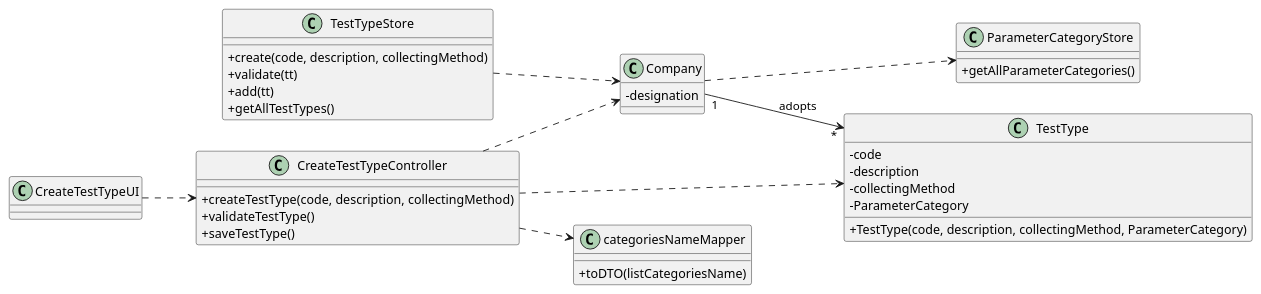
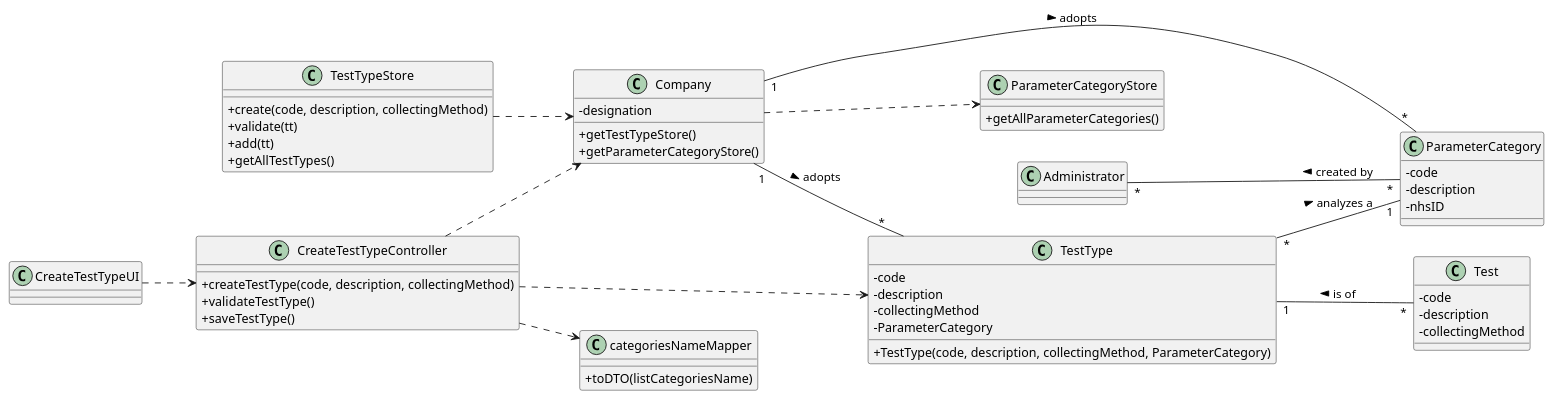
One commit to 0franciscor/lei-21-s2-1de-g19 changed the diagram in docs/SprintB/US09/US09-CD.puml. Above: the diagram before and after it, drawn with PlantUML. The commit also changed 4 other files, not shown here.

```diff
--- a/docs/SprintB/US09/US09-CD.puml
+++ b/docs/SprintB/US09/US09-CD.puml
@@ -1,54 +1,77 @@
 @startuml
 skinparam classAttributeIconSize 0
 left to right direction
 
 class "Company" as C {
 -designation
++getTestTypeStore()
++getParameterCategoryStore()
 }
 
 class "categoriesNameMapper" as cNM {
 +toDTO(listCategoriesName)
 }
 
 class "TestTypeStore" as TTS{
 +create(code, description, collectingMethod)
 +validate(tt)
 +add(tt)
 +getAllTestTypes()
 }
 
 class "ParameterCategoryStore" as PCS{
 +getAllParameterCategories()
 }
 
 class "TestType" as TT {
 -code
 -description
 -collectingMethod
 -ParameterCategory
 +TestType(code, description, collectingMethod, ParameterCategory)
 }
 
 class "CreateTestTypeController" as CTTC {
 +createTestType(code, description, collectingMethod)
 +validateTestType()
 +saveTestType()
 }
 
+class "Test" as T{
+-code
+-description
+-collectingMethod
+}
+
+class "ParameterCategory" as PC{
+-code
+-description
+-nhsID
+}
+
 class "CreateTestTypeUI" as CTTUI
 class "TestType" as TT
 class "CreateTestTypeController" as CTTC
+class "Administrator" as admin
 
 CTTUI ..> CTTC
 
 C ..> PCS
 
 TTS ..> C
 
 CTTC ..> TT
 CTTC ..> C
 CTTC ..> cNM
 
-C "1" --> "*" TT : adopts
+
+TT "1" -- "*" T: < is of
+TT "*" -- "1" PC : > analyzes a
+
+C "1" -- "*" TT : > adopts
+C "1" -- "*" PC : > adopts
+
+admin "*" -- "*" PC : < created by
+
 
 @enduml
```
